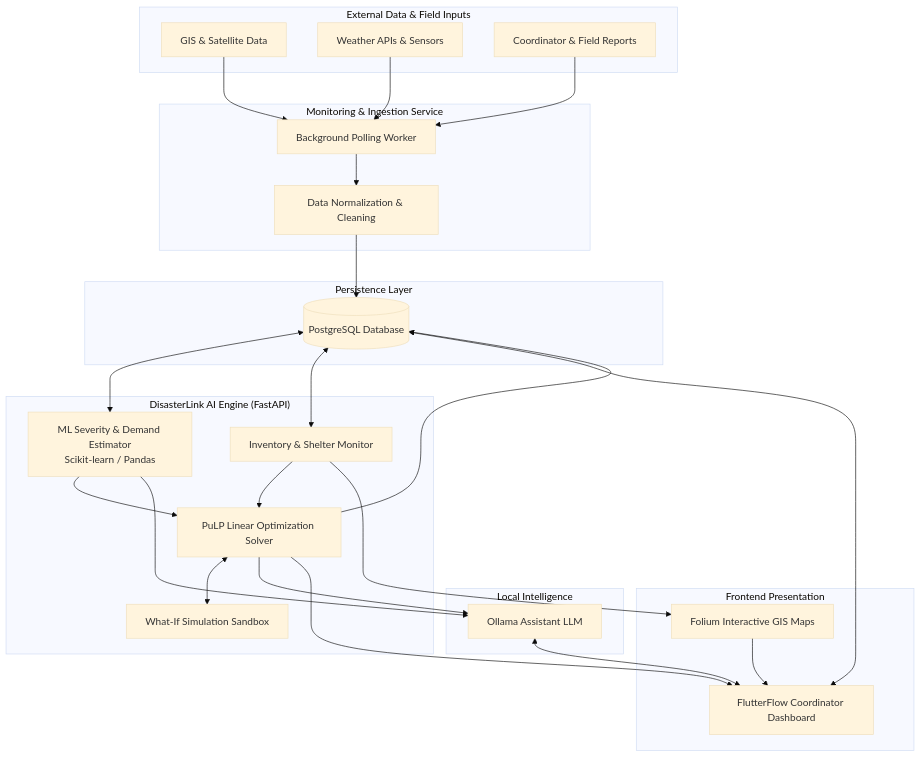
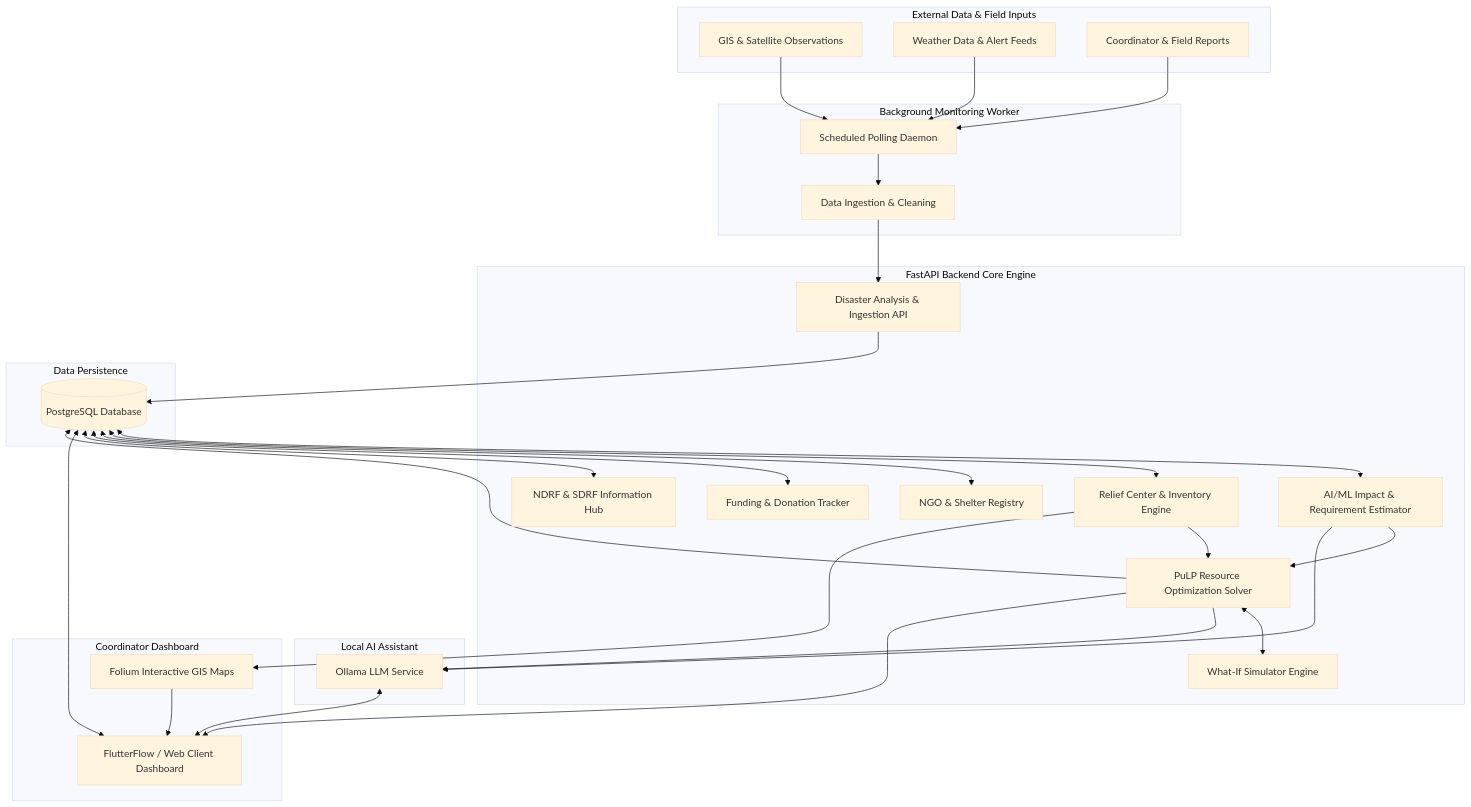
One commit to Ankitha89/workshop changed the first of 3 diagrams in README.md. Above: the diagram before and after it, drawn with Mermaid (base theme). The commit also changed other lines of this file, not shown here.

Commit message:
Add professional README.md for DisasterLink AI

````diff
--- a/README.md
+++ b/README.md
@@ -109,47 +109,52 @@
 ```mermaid
 graph TD
     subgraph Data_Sources ["External Data & Field Inputs"]
-        A1[GIS & Satellite Data]
-        A2[Weather APIs & Sensors]
+        A1[GIS & Satellite Observations]
+        A2[Weather Data & Alert Feeds]
         A3[Coordinator & Field Reports]
     end
 
-    subgraph Ingestion_Layer ["Monitoring & Ingestion Service"]
-        B1[Background Polling Worker]
-        B2[Data Normalization & Cleaning]
+    subgraph Monitoring_Service ["Background Monitoring Worker"]
+        B1[Scheduled Polling Daemon]
+        B2[Data Ingestion & Cleaning]
     end
 
-    subgraph Core_Engine ["DisasterLink AI Engine (FastAPI)"]
-        C1[ML Severity & Demand Estimator<br/>Scikit-learn / Pandas]
-        C2[Inventory & Shelter Monitor]
-        C3[PuLP Linear Optimization Solver]
-        C4[What-If Simulation Sandbox]
+    subgraph Backend_Core ["FastAPI Backend Core Engine"]
+        C1[Disaster Analysis & Ingestion API]
+        C2[AI/ML Impact & Requirement Estimator]
+        C3[Relief Center & Inventory Engine]
+        C4[PuLP Resource Optimization Solver]
+        C5[What-If Simulator Engine]
+        C6[NGO & Shelter Registry]
+        C7[Funding & Donation Tracker]
+        C8[NDRF & SDRF Information Hub]
     end
 
-    subgraph Local_AI ["Local Intelligence"]
-        D1[Ollama Assistant LLM]
+    subgraph Local_Intelligence ["Local AI Assistant"]
+        D1[Ollama LLM Service]
     end
 
-    subgraph Persistence ["Persistence Layer"]
+    subgraph Storage_Layer ["Data Persistence"]
         E1[(PostgreSQL Database)]
     end
 
-    subgraph User_Interface ["Frontend Presentation"]
-        F1[FlutterFlow Coordinator Dashboard]
+    subgraph Frontend_App ["Coordinator Dashboard"]
+        F1[FlutterFlow / Web Client Dashboard]
         F2[Folium Interactive GIS Maps]
     end
 
     A1 & A2 & A3 --> B1
     B1 --> B2
-    B2 --> E1
-    E1 <--> C1 & C2
-    C1 & C2 --> C3
-    C3 <--> C4
-    C3 --> E1
-    C3 & C1 --> D1
+    B2 --> C1
+    C1 --> E1
+    E1 <--> C2 & C3 & C6 & C7 & C8
+    C2 & C3 --> C4
+    C4 <--> C5
+    C4 --> E1
+    C4 & C2 --> D1
     E1 <--> F1
-    C3 --> F1
+    C4 --> F1
     D1 <--> F1
-    C2 --> F2
+    C3 --> F2
     F2 --> F1
 ```
````
